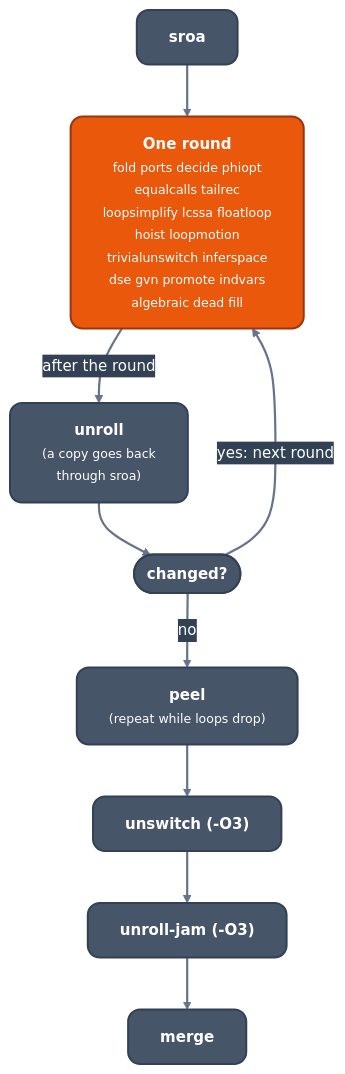
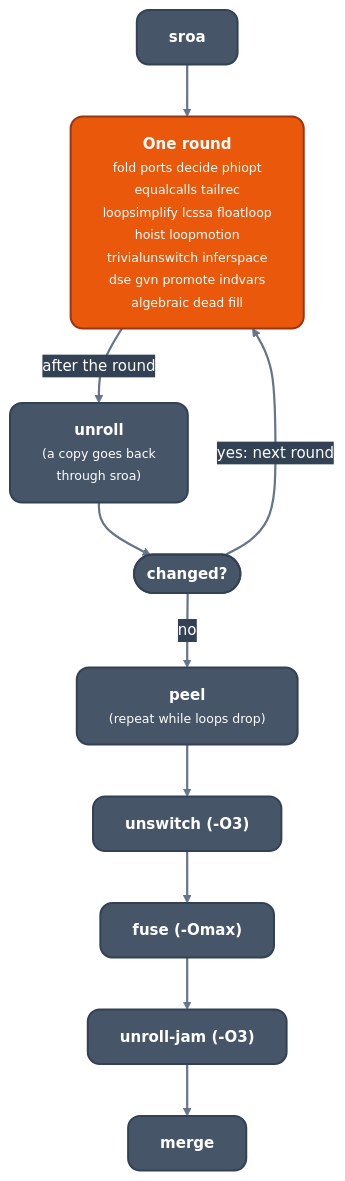
Before and after one commit to ali-mosavian/llrm: the fourth of 6 diagrams in docs/architecture/readme.md, drawn with Mermaid. The commit also changed 30 other files, not shown here.

````diff
--- a/docs/architecture/readme.md
+++ b/docs/architecture/readme.md
@@ -165,23 +165,25 @@
 ```mermaid
 %%{init: {'theme':'base','themeVariables':{'fontFamily':'Segoe UI, Helvetica Neue, Arial, DejaVu Sans, sans-serif','fontSize':'15px','primaryColor':'#475569','primaryTextColor':'#ffffff','primaryBorderColor':'#334155','lineColor':'#64748b','secondaryColor':'#475569','tertiaryColor':'transparent','clusterBkg':'transparent','clusterBorder':'#64748b','edgeLabelBackground':'#334155','textColor':'#64748b','titleColor':'#64748b'},'flowchart':{'curve':'basis','nodeSpacing':38,'rankSpacing':52,'padding':16,'wrappingWidth':360,'htmlLabels':true,'useMaxWidth':true}}}%%
 flowchart TB
   classDef mid fill:#475569,stroke:#334155,stroke-width:2px,color:#ffffff,rx:12px,ry:12px
   classDef opt fill:#ea580c,stroke:#9a3412,stroke-width:2px,color:#ffffff,rx:12px,ry:12px
   linkStyle default stroke:#64748b,stroke-width:2.2px
   sroa["<b>sroa</b>"]:::mid
   round["<b>One round</b><br/><small>fold ports decide phiopt<br/>equalcalls tailrec<br/>loopsimplify lcssa floatloop<br/>hoist loopmotion<br/>trivialunswitch inferspace<br/>dse gvn promote indvars<br/>algebraic dead fill</small>"]:::opt
   unroll["<b>unroll</b><br/><small>(a copy goes back<br/>through sroa)</small>"]:::mid
   chg(["<b>changed?</b>"]):::mid
   peel["<b>peel</b><br/><small>(repeat while loops drop)</small>"]:::mid
   unsw["<b>unswitch (-O3)</b>"]:::mid
+  fu["<b>fuse (-Omax)</b>"]:::mid
   uj["<b>unroll-jam (-O3)</b>"]:::mid
   merge["<b>merge</b>"]:::mid
   sroa --> round
   round -->|"after the round"| unroll
   unroll --> chg
   chg -->|"yes: next round"| round
   chg -->|"no"| peel
   peel --> unsw
-  unsw --> uj
+  unsw --> fu
+  fu --> uj
   uj --> merge
 ```
````
